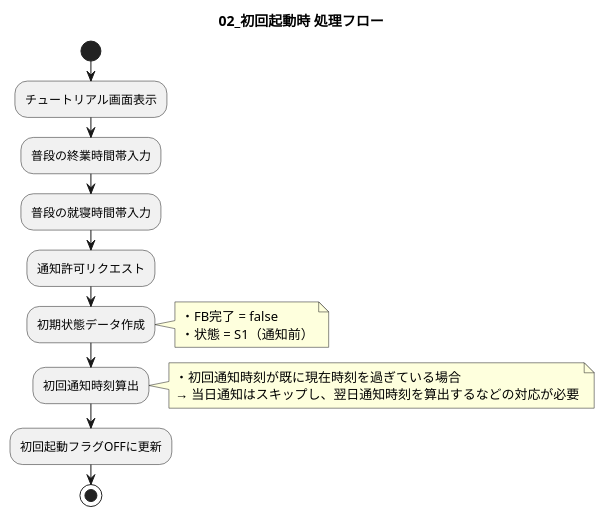
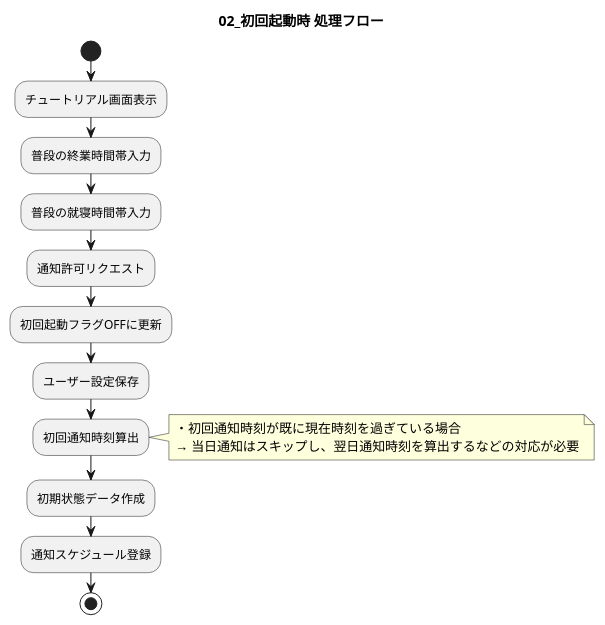
The diagram in assets/specifications/基本設計/02_初回起動時フロー図.pu (akamatrixxx/justtime), drawn with PlantUML before and after one commit. The commit also changed 9 other files, not shown here.

```diff
--- a/assets/specifications/基本設計/02_初回起動時フロー図.pu
+++ b/assets/specifications/基本設計/02_初回起動時フロー図.pu
@@ -1,29 +1,29 @@
 @startuml
 title 02_初回起動時 処理フロー
 
 start
 
 :チュートリアル画面表示;
 
 :普段の終業時間帯入力;
 
 :普段の就寝時間帯入力;
 
 :通知許可リクエスト;
 
-:初期状態データ作成;
-note right
-  ・FB完了 = false
-  ・状態 = S1（通知前）
-end note
+:初回起動フラグOFFに更新;
+
+:ユーザー設定保存;
 
 :初回通知時刻算出;
 note right
   ・初回通知時刻が既に現在時刻を過ぎている場合
   → 当日通知はスキップし、翌日通知時刻を算出するなどの対応が必要
 end note
 
-:初回起動フラグOFFに更新;
+:初期状態データ作成;
+
+:通知スケジュール登録;
 
 stop
 @enduml
```
